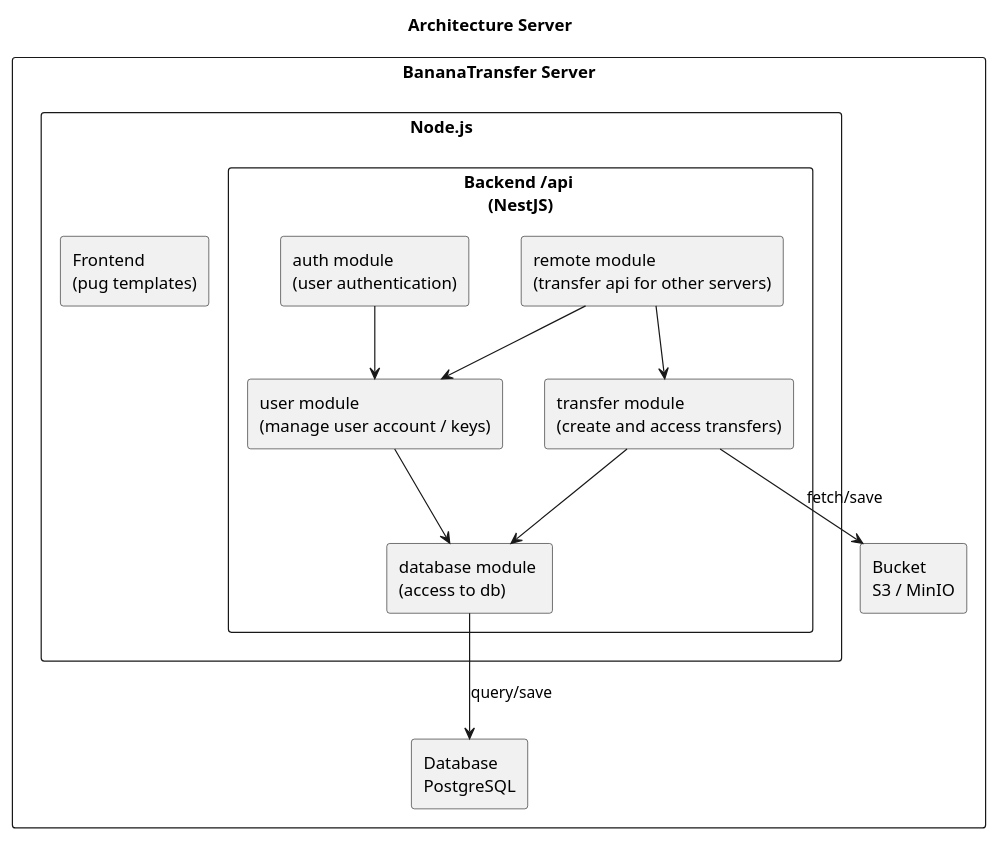
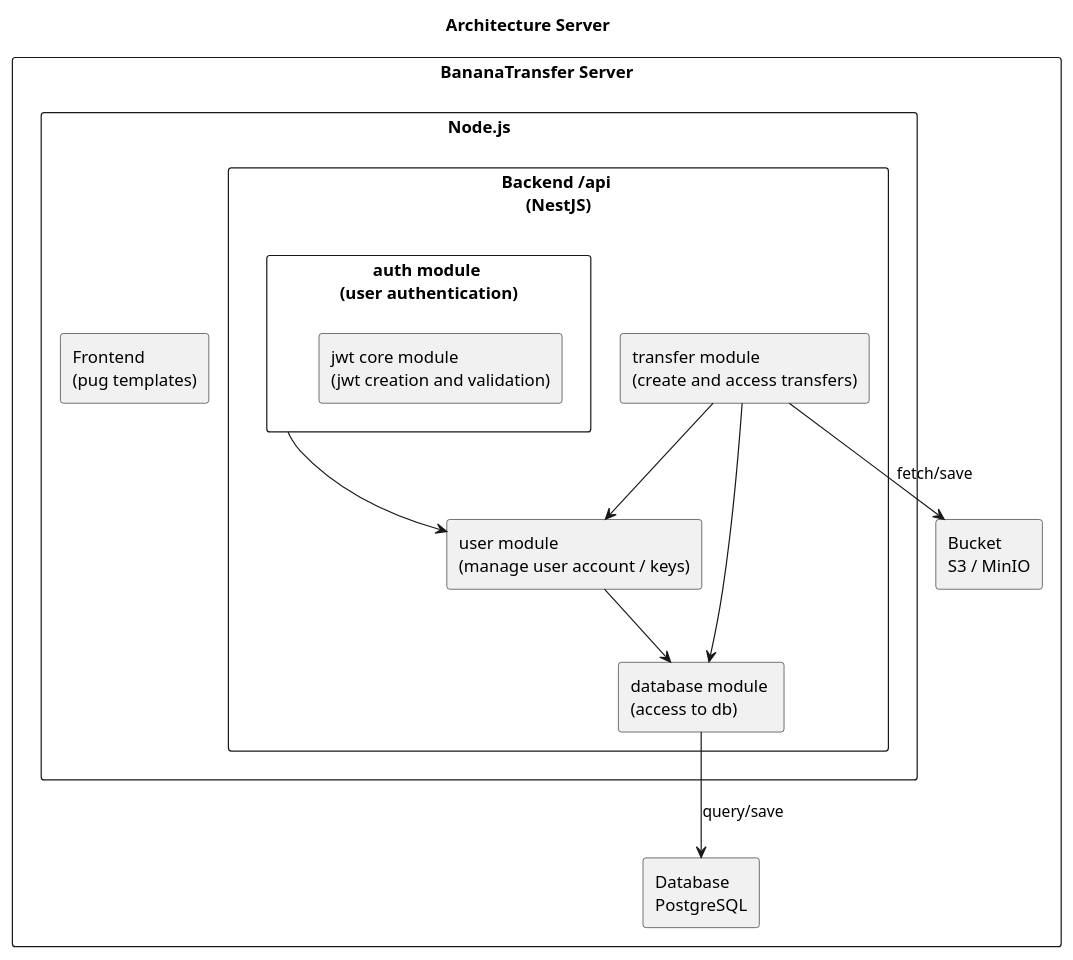
The diagram in documents/umls/architecture_server.puml (BananaTransfer/BananaTransfer), drawn with PlantUML before and after one commit. The commit also changed 2 other files, not shown here.

Commit message:
update architecture server uml

```diff
--- a/documents/umls/architecture_server.puml
+++ b/documents/umls/architecture_server.puml
@@ -1,27 +1,31 @@
 @startuml
 title Architecture Server
 
 rectangle "BananaTransfer Server" as srv {
     rectangle "Node.js" as node {
         rectangle "Frontend \n(pug templates)" as frontend
         rectangle "Backend /api \n(NestJS)" as backend {
-            rectangle "auth module \n(user authentication)" as auth
+            rectangle "auth module \n(user authentication)" as auth {
+              rectangle "jwt core module \n(jwt creation and validation)" as jwt
+            }
             rectangle "database module \n(access to db)" as db_mod
             rectangle "transfer module \n(create and access transfers)" as transfer
-            rectangle "remote module \n(transfer api for other servers)" as remote
+            '{
+              'rectangle "transfer controller \n(authenticated endpoints to \ncreate and access transfer)" as transfercontroller
+              'rectangle "remote controller \n(transfer api for other servers)" as remotecontroller
+            '}
             rectangle "user module \n(manage user account / keys)" as usr
         }
     }
     rectangle "Database \nPostgreSQL" as db
     rectangle "Bucket \nS3 / MinIO" as s3
 }
 
 db_mod -down-> db: "query/save"
 transfer -down-> s3: "fetch/save"
 transfer --> db_mod
+transfer --> usr
 usr --> db_mod
 auth --> usr
-remote --> usr
-remote --> transfer
 
 @enduml
```
